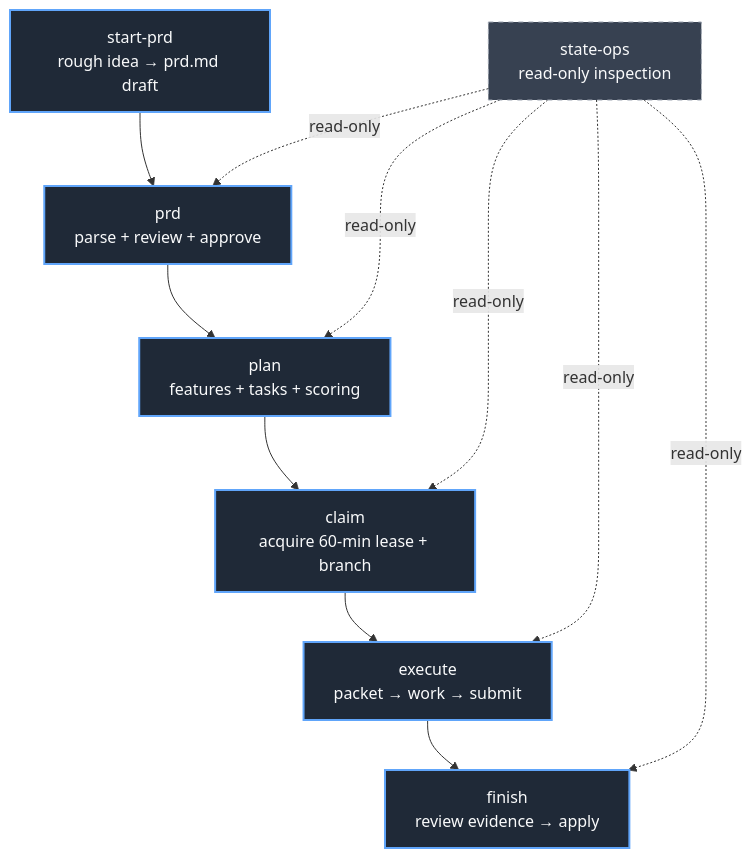
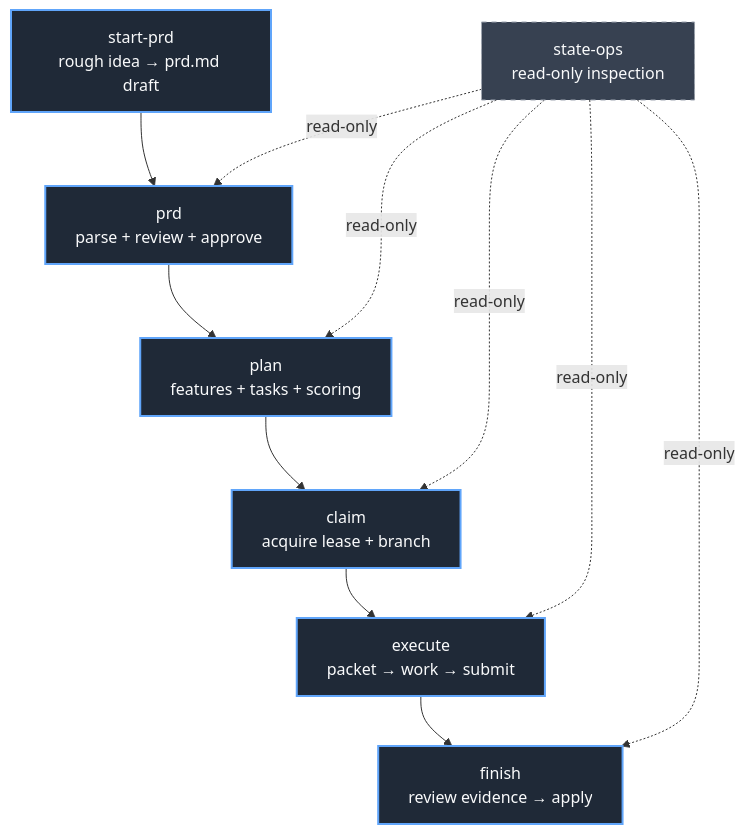
Before and after one commit to fakoli/anvil: the diagram in docs/skills-reference.md, drawn with Mermaid. The commit also changed other lines of this file and 58 other files, not shown here.

````diff
--- a/docs/skills-reference.md
+++ b/docs/skills-reference.md
@@ -18,27 +18,27 @@
 ```mermaid
 graph TD
     StartPRD["start-prd<br/>rough idea → prd.md draft"]
     PRD["prd<br/>parse + review + approve"]
     Plan["plan<br/>features + tasks + scoring"]
-    Claim["claim<br/>acquire 60-min lease + branch"]
+    Claim["claim<br/>acquire lease + branch"]
     Execute["execute<br/>packet → work → submit"]
     Finish["finish<br/>review evidence → apply"]
     StateOps["state-ops<br/>read-only inspection"]
 
     StartPRD --> PRD
     PRD --> Plan
     Plan --> Claim
     Claim --> Execute
     Execute --> Finish
 
     StateOps -.read-only.-> PRD
     StateOps -.read-only.-> Plan
     StateOps -.read-only.-> Claim
     StateOps -.read-only.-> Execute
     StateOps -.read-only.-> Finish
 
     classDef lifecycle fill:#1f2937,stroke:#60a5fa,stroke-width:2px,color:#f9fafb
     classDef inspection fill:#374151,stroke:#9ca3af,stroke-width:1px,color:#f9fafb,stroke-dasharray: 5 5
     class StartPRD,PRD,Plan,Claim,Execute,Finish lifecycle
     class StateOps inspection
 ```
````
